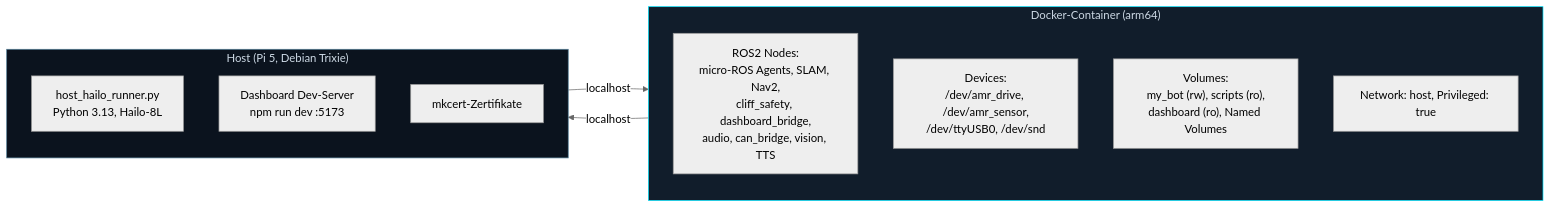
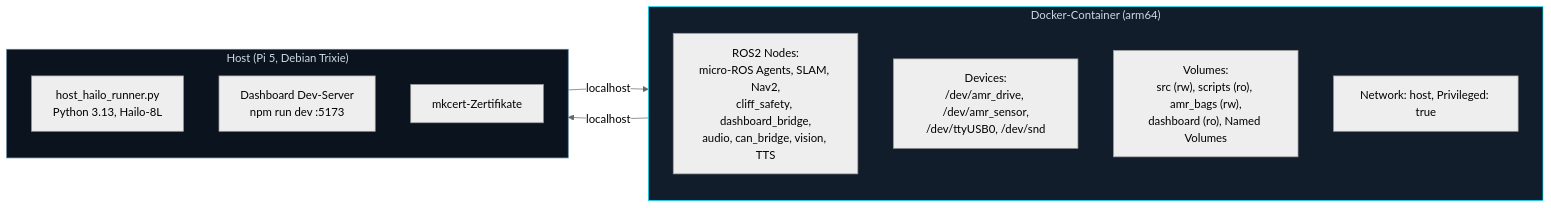
One commit to unger-robotics/amr-projekt changed the second of 3 diagrams in docs/architecture/system-overview.md. Above: the diagram before and after it, drawn with Mermaid (neutral theme). The commit also changed 6 other files, not shown here.

````diff
--- a/docs/architecture/system-overview.md
+++ b/docs/architecture/system-overview.md
@@ -78,22 +78,22 @@
 ``` mermaid
 graph LR
   subgraph CONTAINER["Docker-Container (arm64)"]
     direction TB
     NODES["ROS2 Nodes:<br>micro-ROS Agents, SLAM, Nav2,<br>cliff_safety, dashboard_bridge,<br>audio, can_bridge, vision, TTS"]
     DEV["Devices:<br>/dev/amr_drive, /dev/amr_sensor,<br>/dev/ttyUSB0, /dev/snd"]
-    VOL["Volumes:<br>my_bot (rw), scripts (ro),<br>dashboard (ro), Named Volumes"]
+    VOL["Volumes:<br>src (rw), scripts (ro), amr_bags (rw),<br>dashboard (ro), Named Volumes"]
     NET["Network: host, Privileged: true"]
   end
 
   subgraph HOST["Host (Pi 5, Debian Trixie)"]
     HAILO_H["host_hailo_runner.py<br>Python 3.13, Hailo-8L"]
     VITE["Dashboard Dev-Server<br>npm run dev :5173"]
     CERT["mkcert-Zertifikate"]
   end
 
   HOST -->|localhost| CONTAINER
   CONTAINER -->|localhost| HOST
 
   style CONTAINER fill:#111D2B,stroke:#00E5FF,color:#cdd9e5
   style HOST fill:#0B131E,stroke:#517C96,color:#cdd9e5
 ```
````
